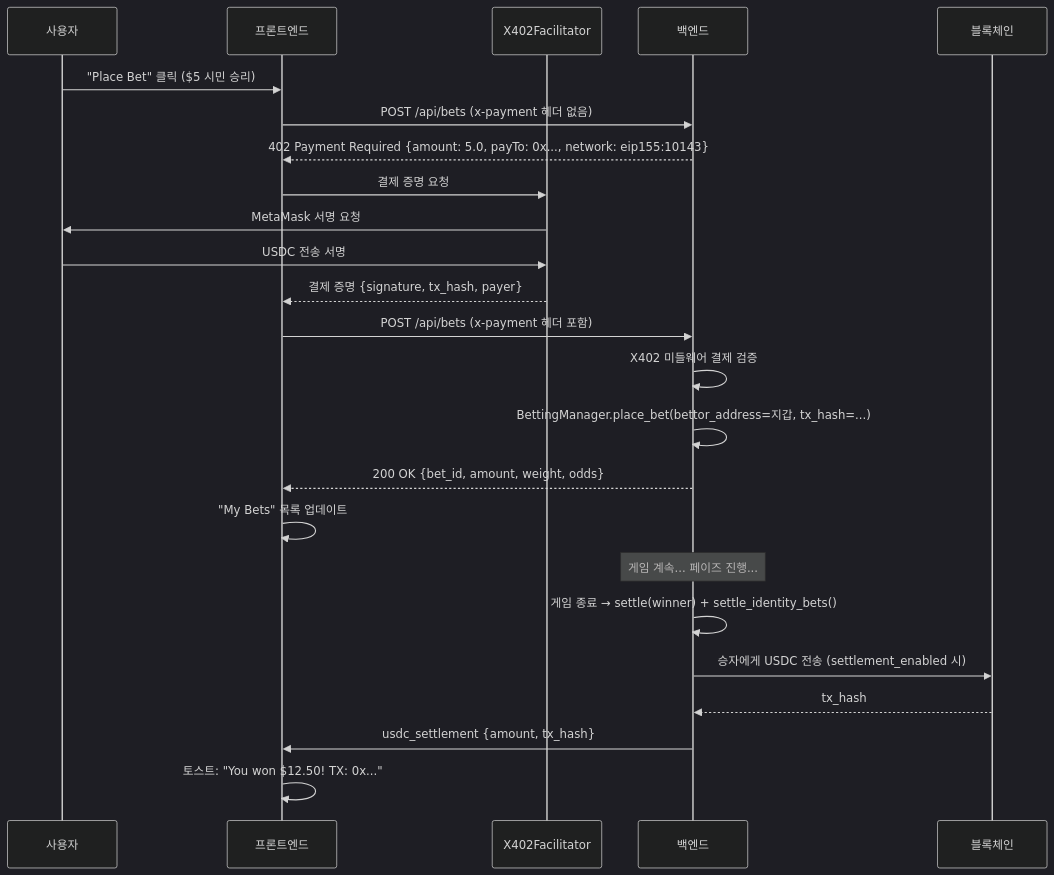
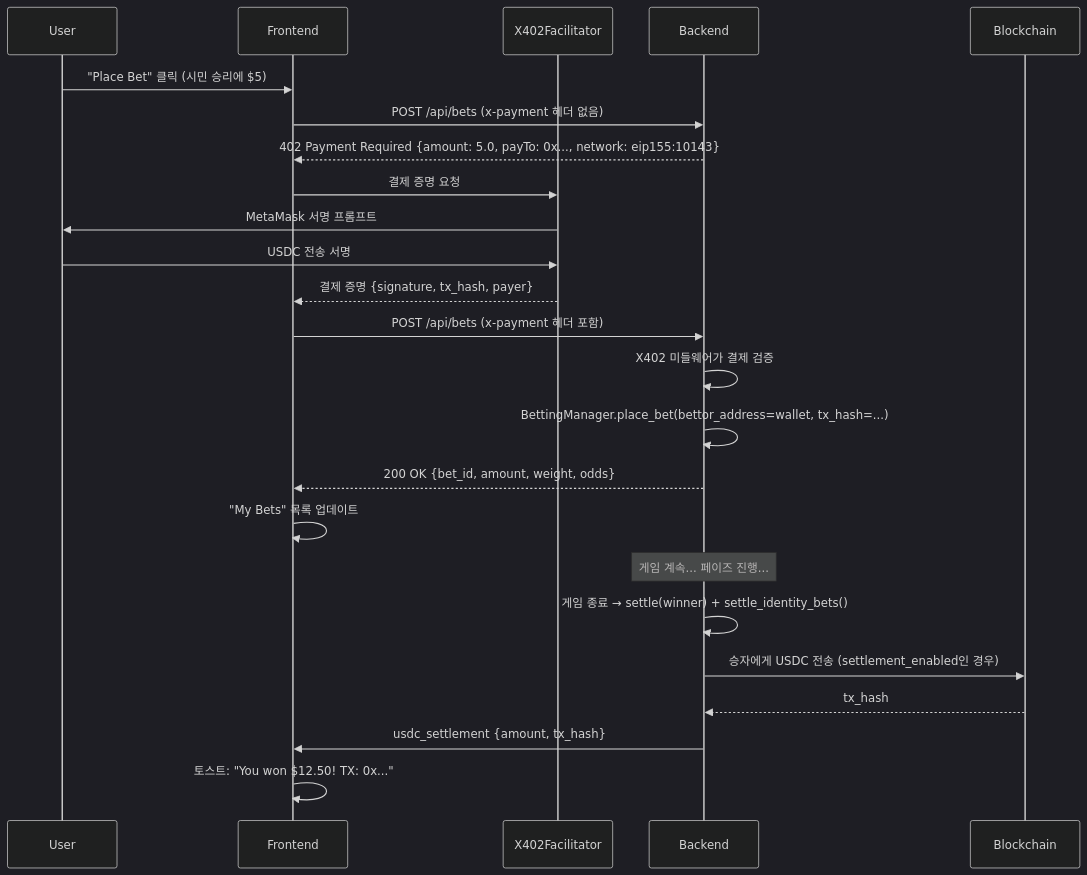
The fourth of 6 diagrams in docs/USERFLOW.ko.md (0xarkstar/mafi-AI), drawn with Mermaid (dark theme) before and after one commit. The commit also changed other lines of this file and 16 other files, not shown here.

````diff
--- a/docs/USERFLOW.ko.md
+++ b/docs/USERFLOW.ko.md
@@ -263,32 +375,32 @@
 ```mermaid
 sequenceDiagram
-    participant 사용자
-    participant 프론트엔드
+    participant User
+    participant Frontend
     participant X402Facilitator
-    participant 백엔드
-    participant 블록체인
+    participant Backend
+    participant Blockchain
 
-    사용자->>프론트엔드: "Place Bet" 클릭 ($5 시민 승리)
-    프론트엔드->>백엔드: POST /api/bets (x-payment 헤더 없음)
-    백엔드-->>프론트엔드: 402 Payment Required {amount: 5.0, payTo: 0x..., network: eip155:10143}
+    User->>Frontend: "Place Bet" 클릭 (시민 승리에 $5)
+    Frontend->>Backend: POST /api/bets (x-payment 헤더 없음)
+    Backend-->>Frontend: 402 Payment Required {amount: 5.0, payTo: 0x..., network: eip155:10143}
 
-    프론트엔드->>X402Facilitator: 결제 증명 요청
-    X402Facilitator->>사용자: MetaMask 서명 요청
-    사용자->>X402Facilitator: USDC 전송 서명
-    X402Facilitator-->>프론트엔드: 결제 증명 {signature, tx_hash, payer}
+    Frontend->>X402Facilitator: 결제 증명 요청
+    X402Facilitator->>User: MetaMask 서명 프롬프트
+    User->>X402Facilitator: USDC 전송 서명
+    X402Facilitator-->>Frontend: 결제 증명 {signature, tx_hash, payer}
 
-    프론트엔드->>백엔드: POST /api/bets (x-payment 헤더 포함)
-    백엔드->>백엔드: X402 미들웨어 결제 검증
-    백엔드->>백엔드: BettingManager.place_bet(bettor_address=지갑, tx_hash=...)
-    백엔드-->>프론트엔드: 200 OK {bet_id, amount, weight, odds}
+    Frontend->>Backend: POST /api/bets (x-payment 헤더 포함)
+    Backend->>Backend: X402 미들웨어가 결제 검증
+    Backend->>Backend: BettingManager.place_bet(bettor_address=wallet, tx_hash=...)
+    Backend-->>Frontend: 200 OK {bet_id, amount, weight, odds}
 
-    프론트엔드->>프론트엔드: "My Bets" 목록 업데이트
+    Frontend->>Frontend: "My Bets" 목록 업데이트
 
-    Note over 백엔드: 게임 계속... 페이즈 진행...
+    Note over Backend: 게임 계속... 페이즈 진행...
 
-    백엔드->>백엔드: 게임 종료 → settle(winner) + settle_identity_bets()
-    백엔드->>블록체인: 승자에게 USDC 전송 (settlement_enabled 시)
-    블록체인-->>백엔드: tx_hash
-    백엔드->>프론트엔드: usdc_settlement {amount, tx_hash}
-    프론트엔드->>프론트엔드: 토스트: "You won $12.50! TX: 0x..."
+    Backend->>Backend: 게임 종료 → settle(winner) + settle_identity_bets()
+    Backend->>Blockchain: 승자에게 USDC 전송 (settlement_enabled인 경우)
+    Blockchain-->>Backend: tx_hash
+    Backend->>Frontend: usdc_settlement {amount, tx_hash}
+    Frontend->>Frontend: 토스트: "You won $12.50! TX: 0x..."
 ```
````
